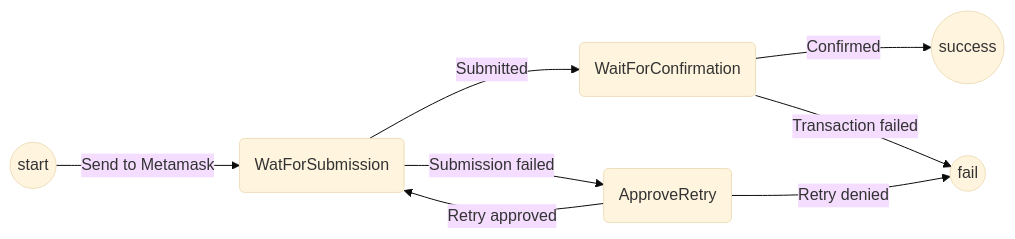
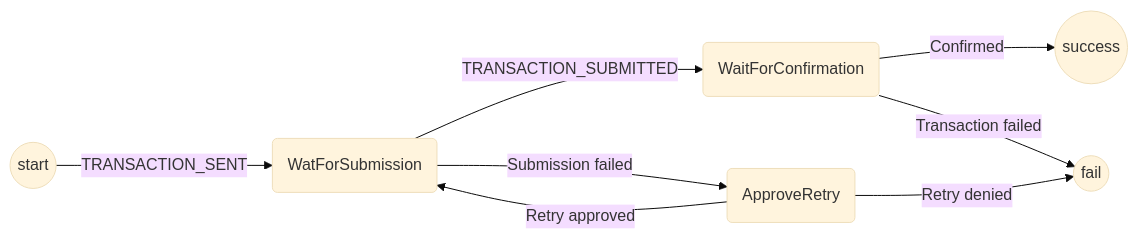
One commit to magmo/apps changed the diagram in packages/wallet/src/redux/protocols/transaction-submission/readme.md. Above: the diagram before and after it, drawn with Mermaid (base theme). The commit also changed other lines of this file and 2 other files, not shown here.

````diff
--- a/packages/wallet/src/redux/protocols/transaction-submission/readme.md
+++ b/packages/wallet/src/redux/protocols/transaction-submission/readme.md
@@ -15,10 +21,10 @@
 ```mermaid
 graph LR
-  S((start)) --> |Send to Metamask| WFS(WatForSubmission)
-  WFS --> |Submitted| WFC(WaitForConfirmation)
+  S((start)) --> |TRANSACTION_SENT| WFS(WatForSubmission)
+  WFS --> |TRANSACTION_SUBMITTED| WFC(WaitForConfirmation)
   WFS --> |Submission failed| AR(ApproveRetry)
   AR --> |Retry approved| WFS
   AR --> |Retry denied| F((fail))
   WFC --> |Confirmed| SS((success))
   WFC --> |Transaction failed| F
 ```
````
